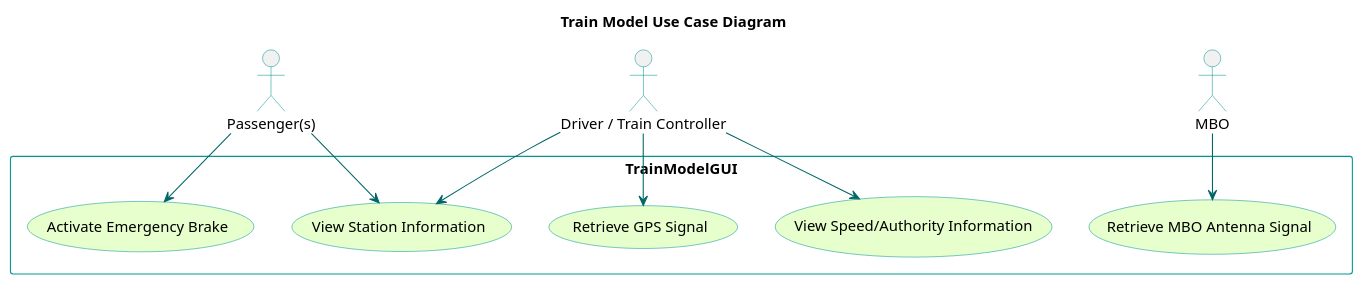
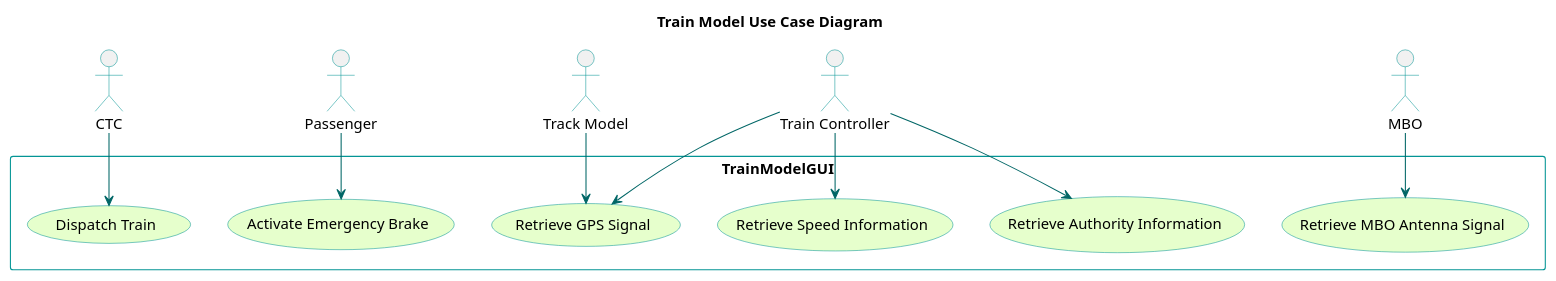
One commit to kevingilboy/COE1186 changed the diagram in TrainSystem/yUML/Usecase Diagrams/TrainModelUseCaseDiagram.puml. Above: the diagram before and after it, drawn with PlantUML. The commit also changed 9 other files, not shown here.

Commit message:
More UML Updates...again

```diff
--- a/TrainSystem/yUML/Usecase Diagrams/TrainModelUseCaseDiagram.puml
+++ b/TrainSystem/yUML/Usecase Diagrams/TrainModelUseCaseDiagram.puml
@@ -1,32 +1,36 @@
 @startuml
 
 title Train Model Use Case Diagram
 'skinparam backgroundColor transparent'
 skinparam usecaseBackgroundColor #e6ffcc
 skinparam usecaseBorderColor 	#049595
 skinparam actorBorderColor 	#049595
 skinparam packageBorderCOlor  #049595
 skinparam arrowColor #006666
 
-:Passenger(s): as p
-:Driver / Train Controller: as tnc
+:CTC: as ctc
+:Passenger: as p
+:Track Model: as tkm
+:Train Controller: as tnc
 :MBO: as mbo
 
 rectangle TrainModelGUI{
+    (Dispatch Train)
 	(Activate Emergency Brake)
-	(View Station Information)
-	(View Speed/Authority Information)
+    (Retrieve Speed Information)
+    (Retrieve Authority Information)
     (Retrieve GPS Signal)
     (Retrieve MBO Antenna Signal)
 }
 
+ctc --> (Dispatch Train)
 p --> (Activate Emergency Brake)
-p --> (View Station Information)
-tnc --> (View Station Information)
-tnc --> (View Speed/Authority Information)
+tkm --> (Retrieve GPS Signal)
 tnc --> (Retrieve GPS Signal)
+tnc --> (Retrieve Speed Information)
+tnc --> (Retrieve Authority Information)
 mbo --> (Retrieve MBO Antenna Signal)
 
 
     
 @enduml
```
